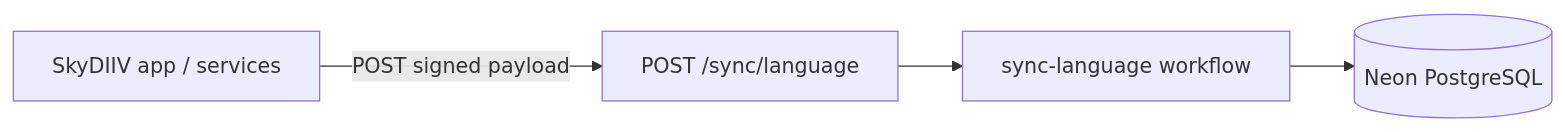
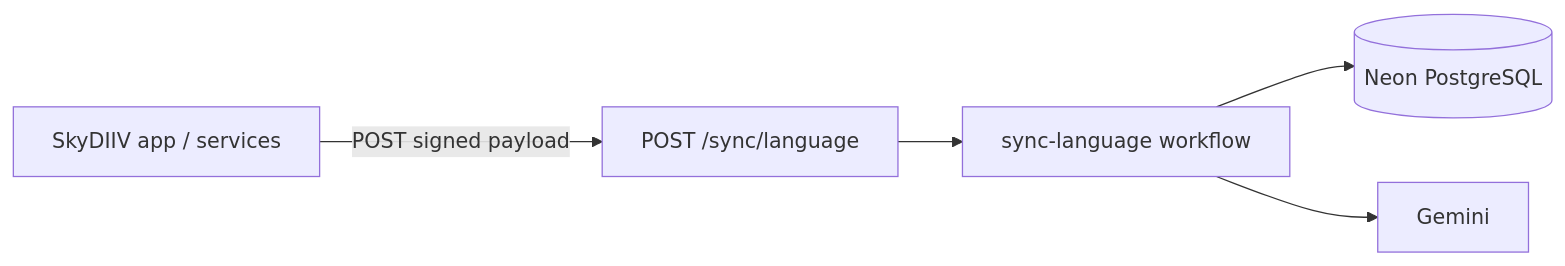
The diagram in apps/worker-sync/README.md (emmanuelviniciusdev/SkyDIIV--backstage), drawn with Mermaid before and after one commit. The commit also changed other lines of this file and 30 other files, not shown here.

````diff
--- a/apps/worker-sync/README.md
+++ b/apps/worker-sync/README.md
@@ -12,6 +12,7 @@
 ```mermaid
 flowchart LR
     APP["SkyDIIV app / services"] -->|POST signed payload| SL["POST /sync/language"]
     SL --> SFW["sync-language workflow"]
     SFW --> DB[("Neon PostgreSQL")]
+    SFW --> LLM["Gemini"]
 ```
````
